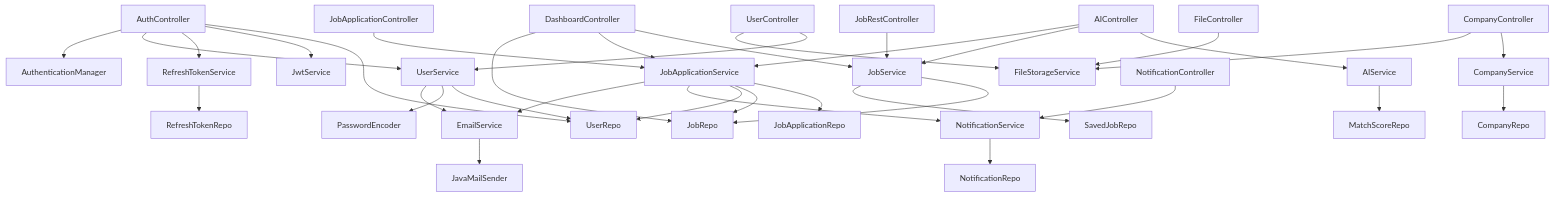
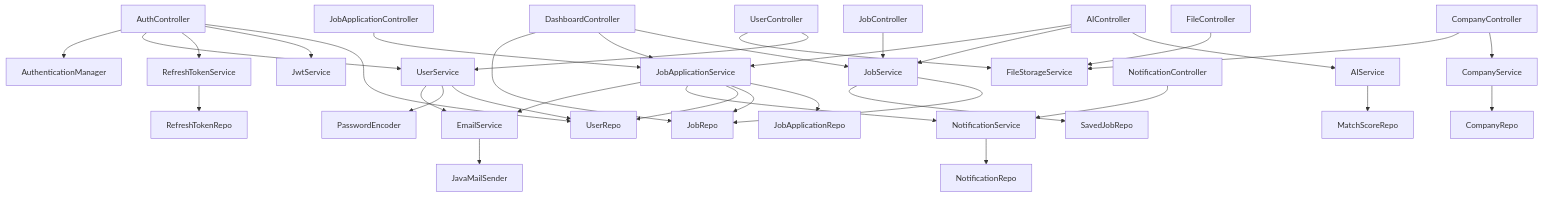
The second of 4 diagrams in docs/ARCHITECTURE.md (Ayankoji113/SpringJobPortal), drawn with Mermaid before and after one commit. The commit also changed other lines of this file and 33 other files, not shown here.

````diff
--- a/docs/ARCHITECTURE.md
+++ b/docs/ARCHITECTURE.md
@@ -421,39 +424,39 @@
 ```mermaid
 graph TD
     AuthC[AuthController] --> UserRepo
     AuthC --> JwtService
     AuthC --> RefreshTokenService
     AuthC --> UserService
     AuthC --> AuthenticationManager
 
     AIC[AIController] --> AIService
     AIC --> JobService
     AIC --> JobApplicationService
     DashC[DashboardController] --> JobService
     DashC --> JobApplicationService
     DashC --> JobRepo
     CompC[CompanyController] --> CompanyService
     CompC --> FileStorageService
     UserC[UserController] --> UserService
     UserC --> FileStorageService
     AppC[JobApplicationController] --> JobApplicationService
-    JobC[JobRestController] --> JobService
+    JobC[JobController] --> JobService
     NotifC[NotificationController] --> NotificationService
     FileC[FileController] --> FileStorageService
 
     JobApplicationService --> JobApplicationRepo
     JobApplicationService --> JobRepo
     JobApplicationService --> UserRepo
     JobApplicationService --> NotificationService
     JobApplicationService --> EmailService
     UserService --> UserRepo
     UserService --> PasswordEncoder
     UserService --> EmailService
     JobService --> JobRepo
     JobService --> SavedJobRepo
     CompanyService --> CompanyRepo
     NotificationService --> NotificationRepo
     AIService --> MatchScoreRepo
     RefreshTokenService --> RefreshTokenRepo
     EmailService --> JavaMailSender
 ```
````
